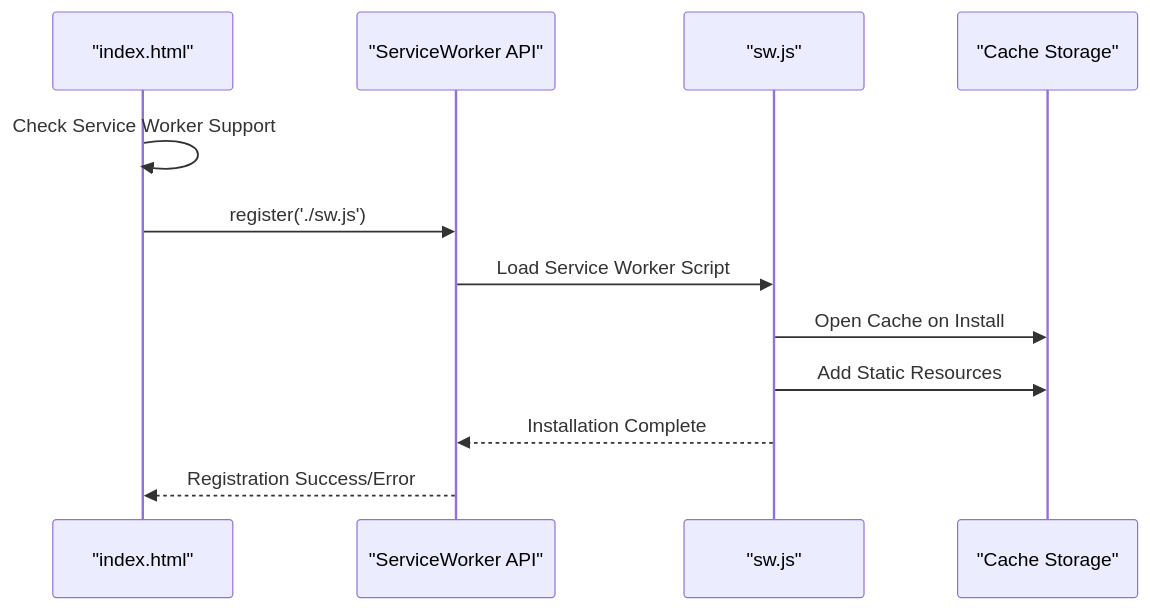
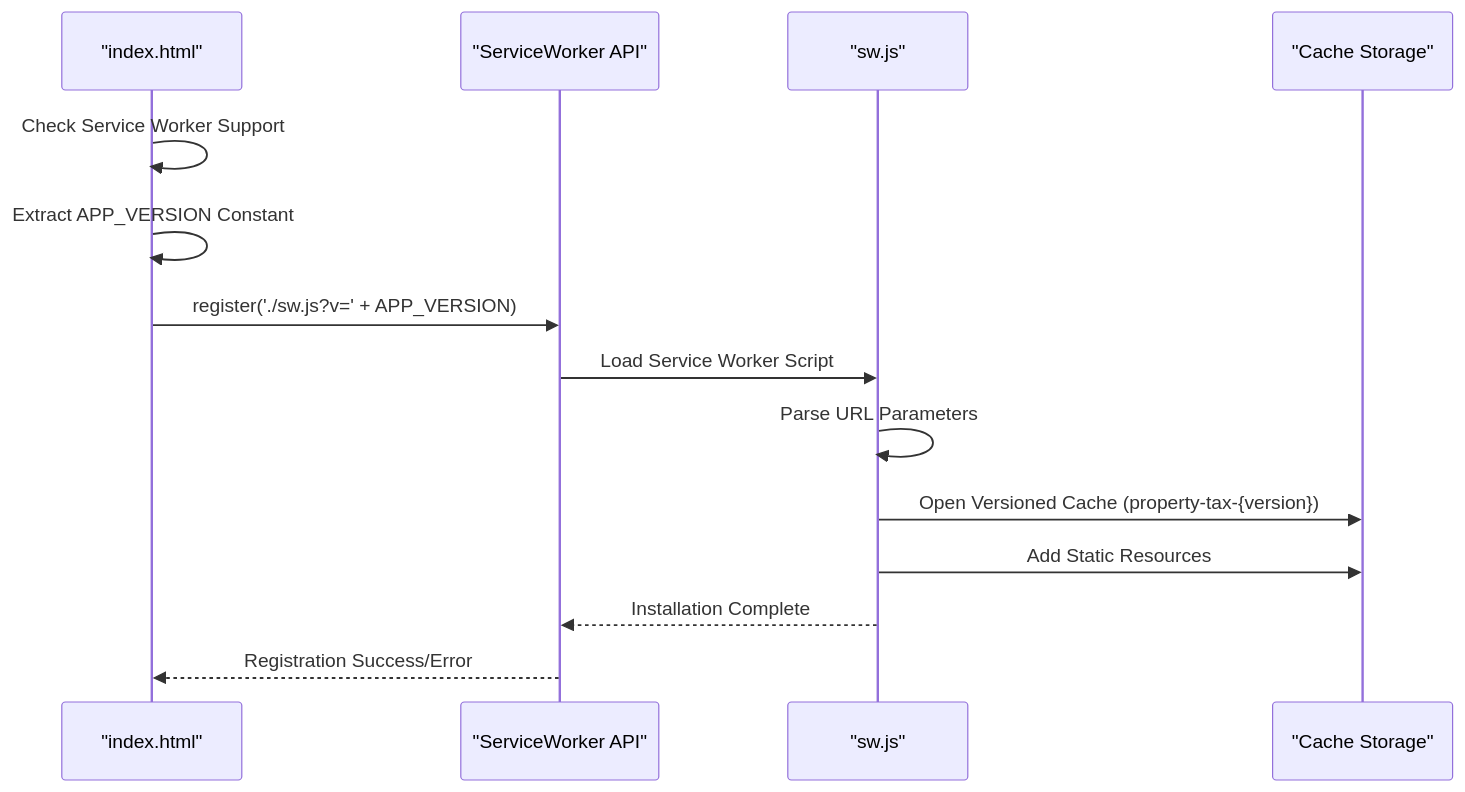
One commit to enga018/newserchhipnorthvc changed the fifth of 7 diagrams in .qoder/repowiki/en/content/Technical Architecture/Progressive Web App Implementation.md. Above: the diagram before and after it, drawn with Mermaid. The commit also changed other lines of this file and 10 other files, not shown here.

````diff
--- a/.qoder/repowiki/en/content/Technical Architecture/Progressive Web App Implementation.md
+++ b/.qoder/repowiki/en/content/Technical Architecture/Progressive Web App Implementation.md
@@ -185,14 +198,16 @@
 ```mermaid
 sequenceDiagram
 participant Page as "index.html"
 participant Navigator as "ServiceWorker API"
 participant Worker as "sw.js"
 participant Cache as "Cache Storage"
 Page->>Page : Check Service Worker Support
-Page->>Navigator : register('./sw.js')
+Page->>Page : Extract APP_VERSION Constant
+Page->>Navigator : register('./sw.js?v=' + APP_VERSION)
 Navigator->>Worker : Load Service Worker Script
-Worker->>Cache : Open Cache on Install
+Worker->>Worker : Parse URL Parameters
+Worker->>Cache : Open Versioned Cache (property-tax-{version})
 Worker->>Cache : Add Static Resources
 Worker-->>Navigator : Installation Complete
 Navigator-->>Page : Registration Success/Error
 ```
````
